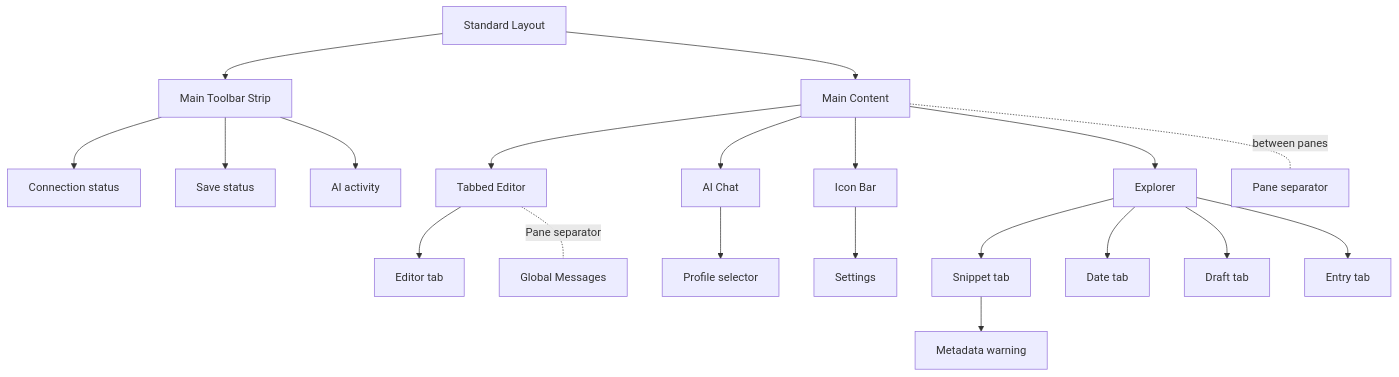
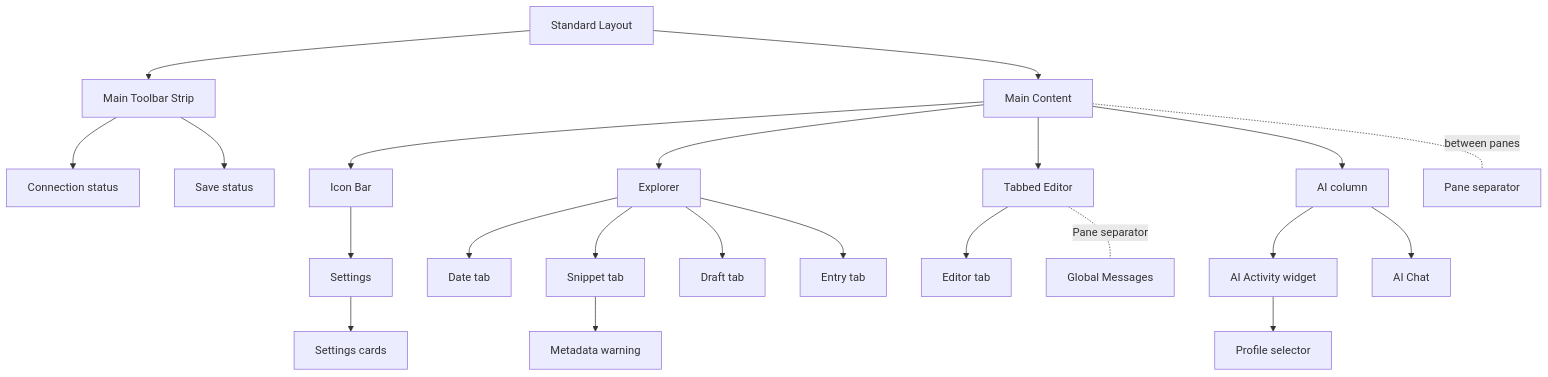
One commit to pastry-personal5/narihitos-diary-gui changed the diagram in docs/ux-information-architecture.md. Above: the diagram before and after it, drawn with Mermaid. The commit also changed other lines of this file and 38 other files, not shown here.

````diff
--- a/docs/ux-information-architecture.md
+++ b/docs/ux-information-architecture.md
@@ -7,22 +7,24 @@
 ```mermaid
 flowchart TB
   W[Standard Layout] --> T[Main Toolbar Strip]
   T --> CS[Connection status]
   T --> SS[Save status]
-  T --> AI[AI activity]
   W --> B[Main Content]
   B --> I[Icon Bar]
   B --> E[Explorer]
   B --> C[Tabbed Editor]
-  B --> A[AI Chat]
+  B --> X[AI column]
+  X --> AA[AI Activity widget]
+  X --> A[AI Chat]
+  AA --> PS[Profile selector]
   C --> ET[Editor tab]
   C -. Pane separator .- G[Global Messages]
-  A --> PS[Profile selector]
   B -. between panes .- SP[Pane separator]
   I --> S[Settings]
+  S --> SC[Settings cards]
   N --> MW[Metadata warning]
   E --> D[Date tab]
   E --> N[Snippet tab]
   E --> F[Draft tab]
   E --> R[Entry tab]
 ```
````
